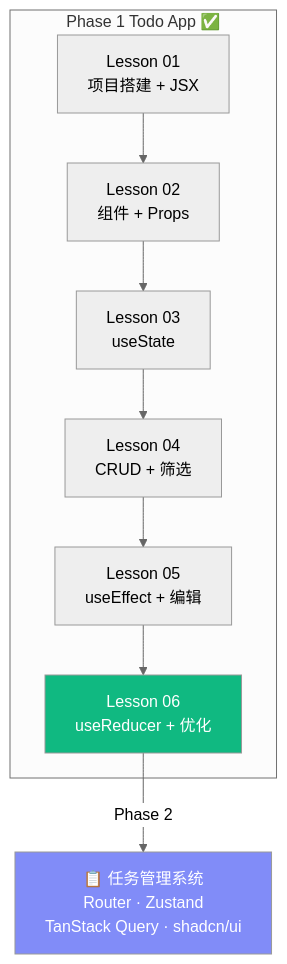
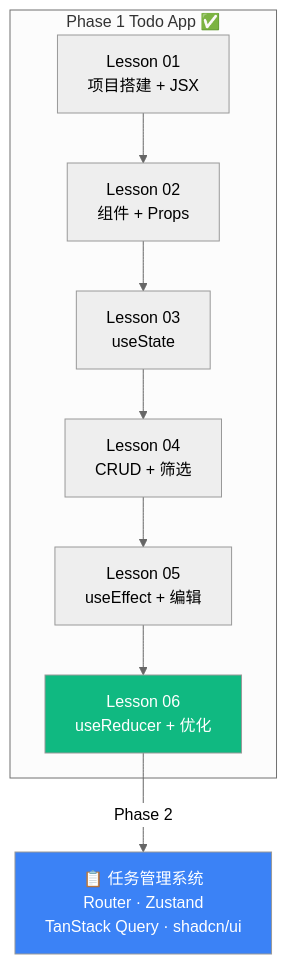
Before and after one commit to boltguo/react_learn: the seventh of 7 diagrams in docs/Lesson_06.md, drawn with Mermaid (neutral theme). The commit also changed other lines of this file and 31 other files, not shown here.

Commit message:
docs: 统一Mermaid术语与配色层级

````diff
--- a/docs/Lesson_06.md
+++ b/docs/Lesson_06.md
@@ -462,17 +474,17 @@
 ```mermaid
 flowchart TB
     subgraph "Phase 1 Todo App ✅"
         L1["Lesson 01<br/>项目搭建 + JSX"]
         L2["Lesson 02<br/>组件 + Props"]
         L3["Lesson 03<br/>useState"]
         L4["Lesson 04<br/>CRUD + 筛选"]
         L5["Lesson 05<br/>useEffect + 编辑"]
         L6["Lesson 06<br/>useReducer + 优化"]
         L1 --> L2 --> L3 --> L4 --> L5 --> L6
     end
     
     L6 -->|"Phase 2"| P2["📋 任务管理系统<br/>Router · Zustand<br/>TanStack Query · shadcn/ui"]
     
     style L6 fill:#10b981,color:#fff
-    style P2 fill:#818cf8,color:#fff
+    style P2 fill:#3b82f6,color:#fff
 ```
````
